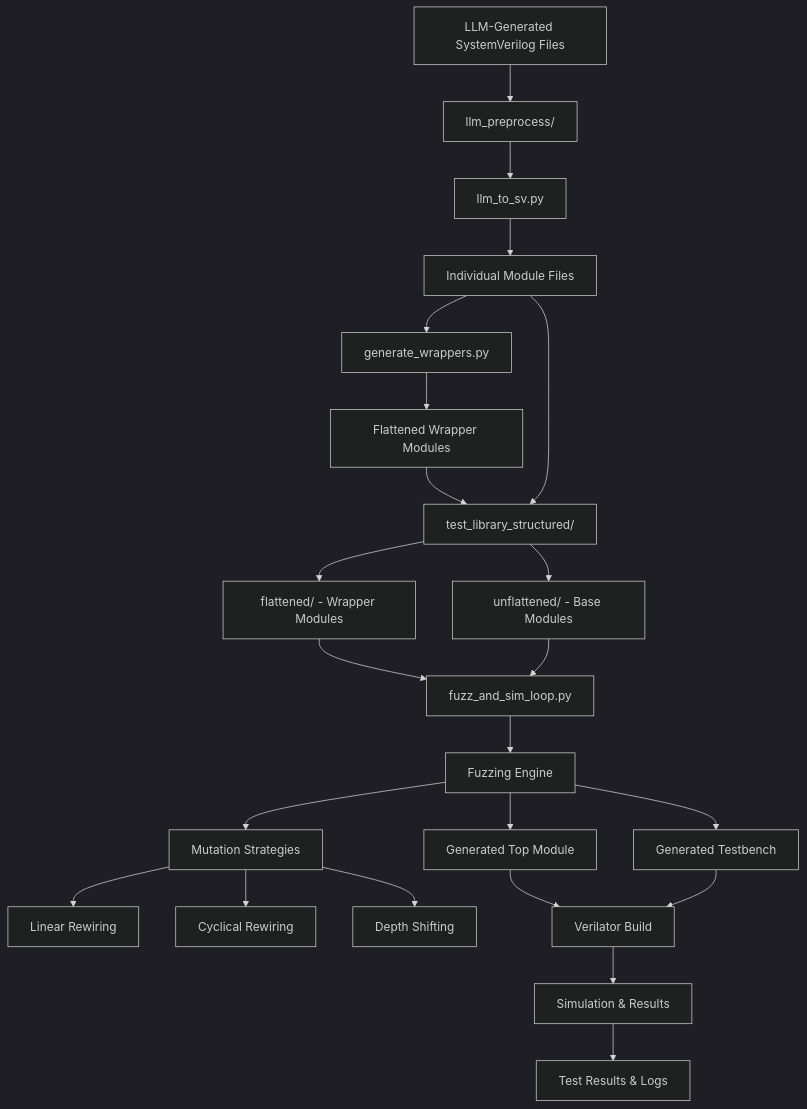
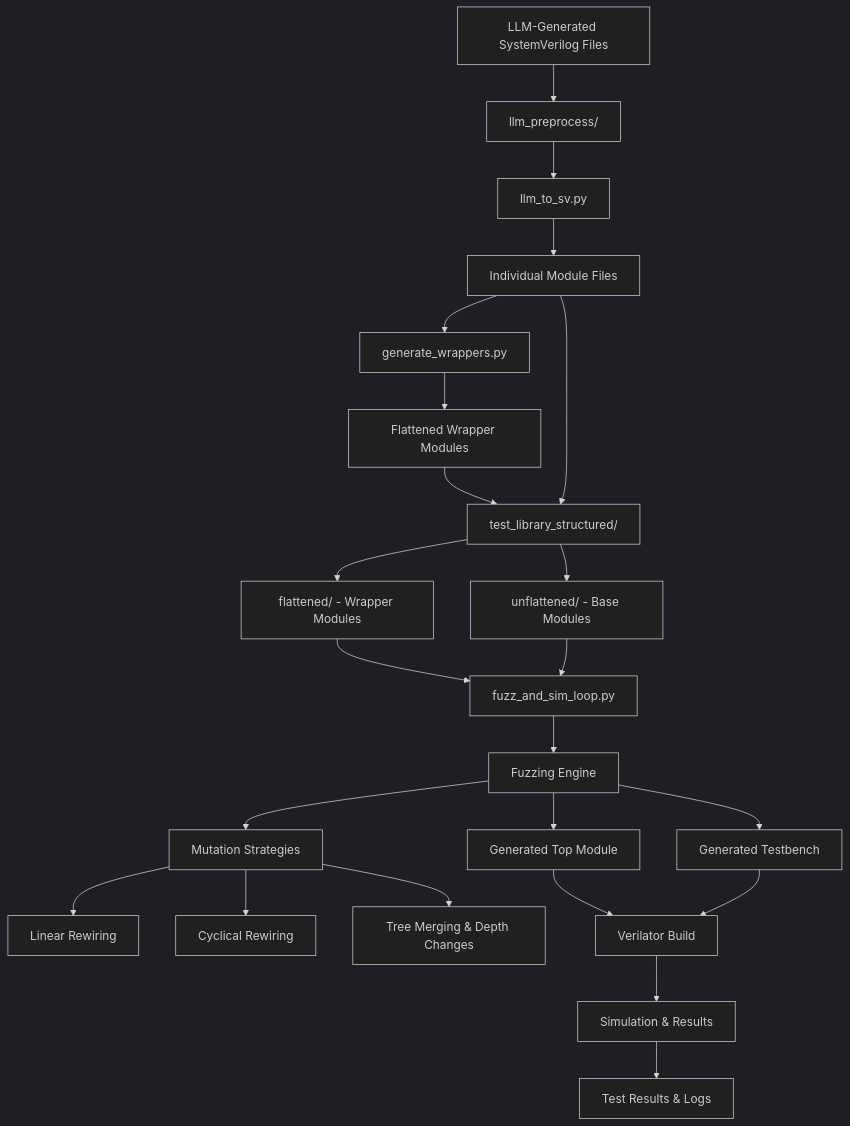
The diagram in WORKFLOW.md (frankjinn/module-fuzz), drawn with Mermaid (dark theme) before and after one commit. The commit also changed other lines of this file and 55 other files, not shown here.

````diff
--- a/WORKFLOW.md
+++ b/WORKFLOW.md
@@ -5,28 +5,28 @@
 ```mermaid
 graph TD
     A[LLM-Generated SystemVerilog Files] --> B[llm_preprocess/]
     B --> C[llm_to_sv.py]
     C --> D[Individual Module Files]
     D --> E[generate_wrappers.py]
     E --> F[Flattened Wrapper Modules]
     
     F --> G[test_library_structured/]
     D --> G
     G --> H[flattened/ - Wrapper Modules]
     G --> I[unflattened/ - Base Modules]
     
     H --> J[fuzz_and_sim_loop.py]
     I --> J
     J --> K[Fuzzing Engine]
     K --> L[Mutation Strategies]
     L --> M[Linear Rewiring]
     L --> N[Cyclical Rewiring]
-    L --> O[Depth Shifting]
+    L --> O[Tree Merging & Depth Changes]
     
     K --> P[Generated Top Module]
     K --> Q[Generated Testbench]
     P --> R[Verilator Build]
     Q --> R
     R --> S[Simulation & Results]
     S --> T[Test Results & Logs]
 ```
````
